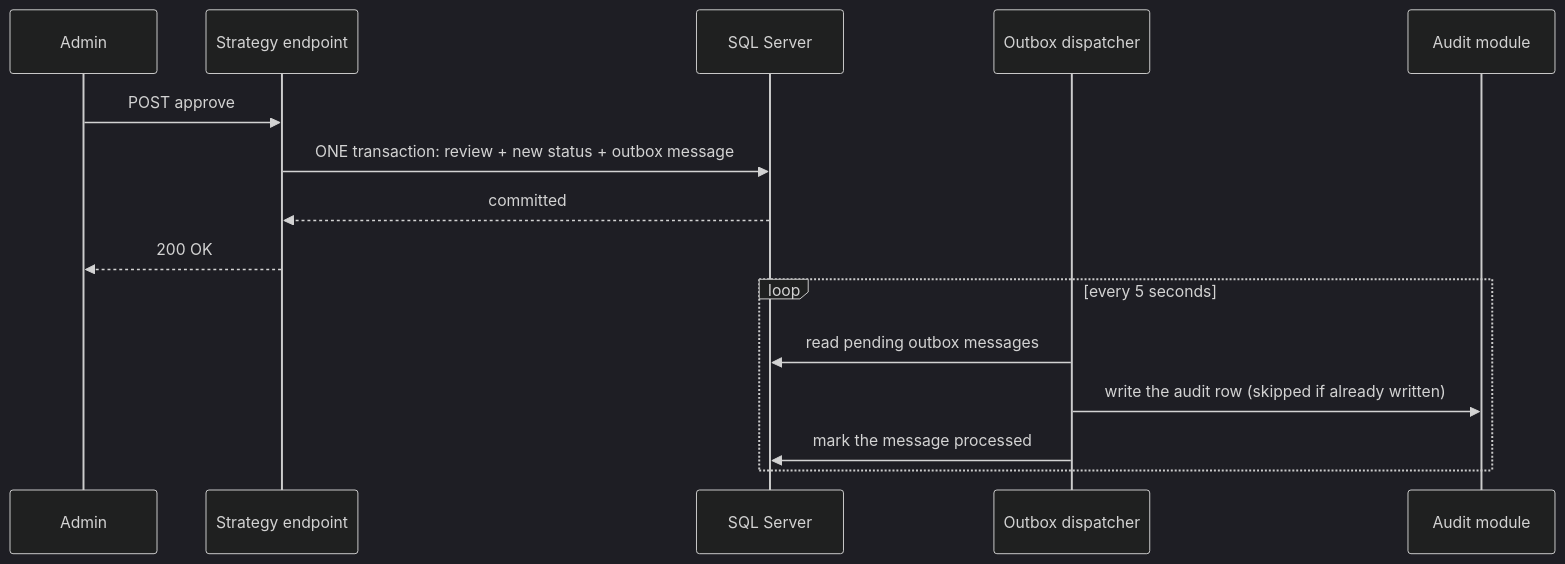
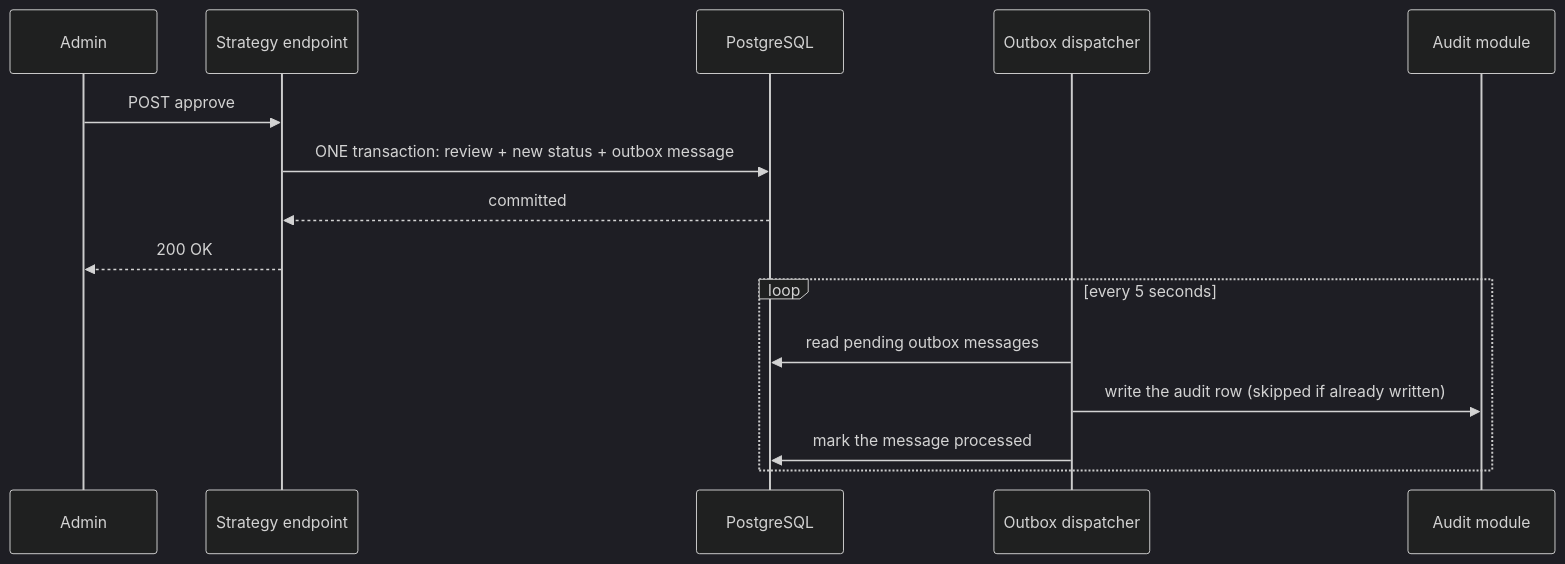
Before and after one commit to shawaiz12/Creator_Analysis_App: the third of 6 diagrams in README.md, drawn with Mermaid (dark theme). The commit also changed other lines of this file and 3 other files, not shown here.

Commit message:
Document the switch to PostgreSQL (ADR 0007) and update the README

````diff
--- a/README.md
+++ b/README.md
@@ -162,18 +162,18 @@
 ```mermaid
 sequenceDiagram
     participant Admin
     participant API as Strategy endpoint
-    participant DB as SQL Server
+    participant DB as PostgreSQL
     participant Worker as Outbox dispatcher
     participant Audit as Audit module
 
     Admin->>API: POST approve
     API->>DB: ONE transaction: review + new status + outbox message
     DB-->>API: committed
     API-->>Admin: 200 OK
     loop every 5 seconds
         Worker->>DB: read pending outbox messages
         Worker->>Audit: write the audit row (skipped if already written)
         Worker->>DB: mark the message processed
     end
 ```
````
